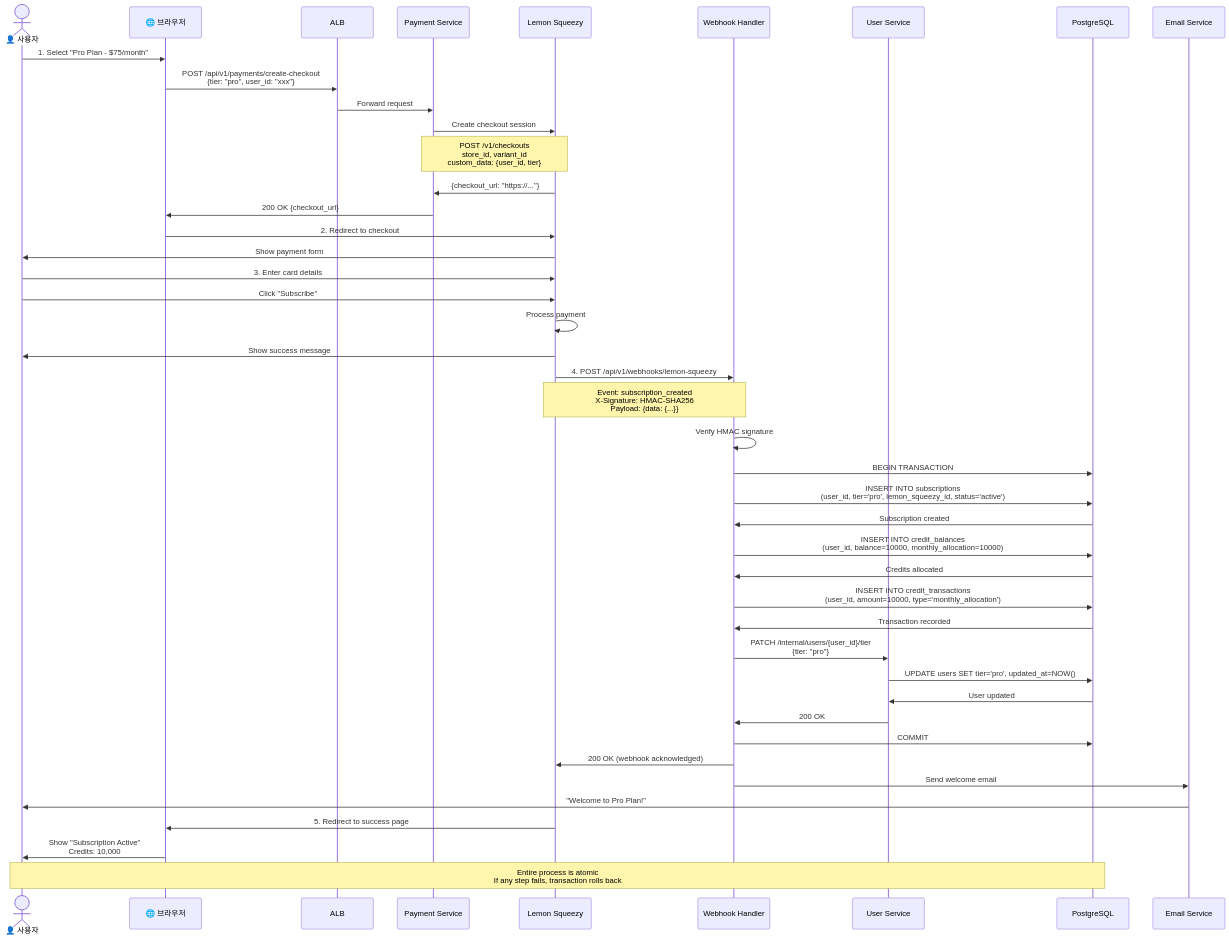
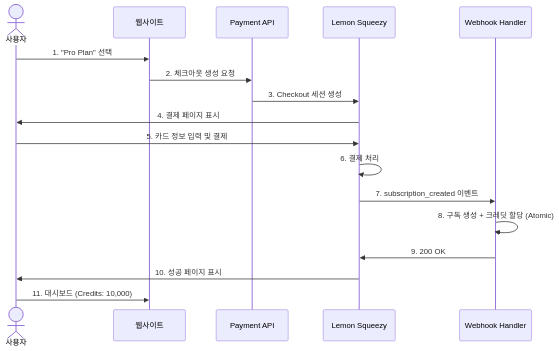
Before and after one commit to Pinksea-AI/InvokeAI: the second of 7 diagrams in docs/final-architecture/03-user-sequence-diagrams.md, drawn with Mermaid. The commit also changed other lines of this file and 1 other file, not shown here.

First line of the commit message:
docs: Mermaid 다이어그램 렌더링 문제 수정

````diff
--- a/docs/final-architecture/03-user-sequence-diagrams.md
+++ b/docs/final-architecture/03-user-sequence-diagrams.md
@@ -101,71 +127,23 @@
 ```mermaid
 sequenceDiagram
-    actor User as 👤 사용자
-    participant Browser as 🌐 브라우저
-    participant ALB as ALB
-    participant PaymentSvc as Payment Service
+    actor User as 사용자
+    participant Web as 웹사이트
+    participant Payment as Payment API
     participant LS as Lemon Squeezy
     participant Webhook as Webhook Handler
-    participant UserSvc as User Service
-    participant DB as PostgreSQL
-    participant Email as Email Service
 
-    %% 1. 구독 시작
-    User->>Browser: 1. Select "Pro Plan - $75/month"
-    Browser->>ALB: POST /api/v1/payments/create-checkout<br/>{tier: "pro", user_id: "xxx"}
-    ALB->>PaymentSvc: Forward request
+    User->>Web: 1. "Pro Plan" 선택
+    Web->>Payment: 2. 체크아웃 생성 요청
+    Payment->>LS: 3. Checkout 세션 생성
+    LS->>User: 4. 결제 페이지 표시
 
-    PaymentSvc->>LS: Create checkout session
-    Note over PaymentSvc,LS: POST /v1/checkouts<br/>store_id, variant_id<br/>custom_data: {user_id, tier}
+    User->>LS: 5. 카드 정보 입력 및 결제
+    LS->>LS: 6. 결제 처리
 
-    LS->>PaymentSvc: {checkout_url: "https://..."}
-    PaymentSvc->>Browser: 200 OK {checkout_url}
+    LS->>Webhook: 7. subscription_created 이벤트
+    Webhook->>Webhook: 8. 구독 생성 + 크레딧 할당 (Atomic)
+    Webhook->>LS: 9. 200 OK
 
-    %% 2. 결제 페이지
-    Browser->>LS: 2. Redirect to checkout
-    LS->>User: Show payment form
-
-    User->>LS: 3. Enter card details
-    User->>LS: Click "Subscribe"
-
-    %% 3. 결제 처리
-    LS->>LS: Process payment
-    LS->>User: Show success message
-
-    %% 4. 웹훅 전송
-    LS->>Webhook: 4. POST /api/v1/webhooks/lemon-squeezy
-    Note over LS,Webhook: Event: subscription_created<br/>X-Signature: HMAC-SHA256<br/>Payload: {data: {...}}
-
-    Webhook->>Webhook: Verify HMAC signature
-    Webhook->>DB: BEGIN TRANSACTION
-
-    %% 5. 구독 생성
-    Webhook->>DB: INSERT INTO subscriptions<br/>(user_id, tier='pro', lemon_squeezy_id, status='active')
-    DB->>Webhook: Subscription created
-
-    %% 6. 크레딧 할당
-    Webhook->>DB: INSERT INTO credit_balances<br/>(user_id, balance=10000, monthly_allocation=10000)
-    DB->>Webhook: Credits allocated
-
-    Webhook->>DB: INSERT INTO credit_transactions<br/>(user_id, amount=10000, type='monthly_allocation')
-    DB->>Webhook: Transaction recorded
-
-    %% 7. 티어 업데이트
-    Webhook->>UserSvc: PATCH /internal/users/{user_id}/tier<br/>{tier: "pro"}
-    UserSvc->>DB: UPDATE users SET tier='pro', updated_at=NOW()
-    DB->>UserSvc: User updated
-    UserSvc->>Webhook: 200 OK
-
-    Webhook->>DB: COMMIT
-    Webhook->>LS: 200 OK (webhook acknowledged)
-
-    %% 8. 이메일 전송
-    Webhook->>Email: Send welcome email
-    Email->>User: "Welcome to Pro Plan!"
-
-    %% 9. 리다이렉트
-    LS->>Browser: 5. Redirect to success page
-    Browser->>User: Show "Subscription Active"<br/>Credits: 10,000
-
-    Note over User,DB: Entire process is atomic<br/>If any step fails, transaction rolls back
+    LS->>User: 10. 성공 페이지 표시
+    User->>Web: 11. 대시보드 (Credits: 10,000)
 ```
````
